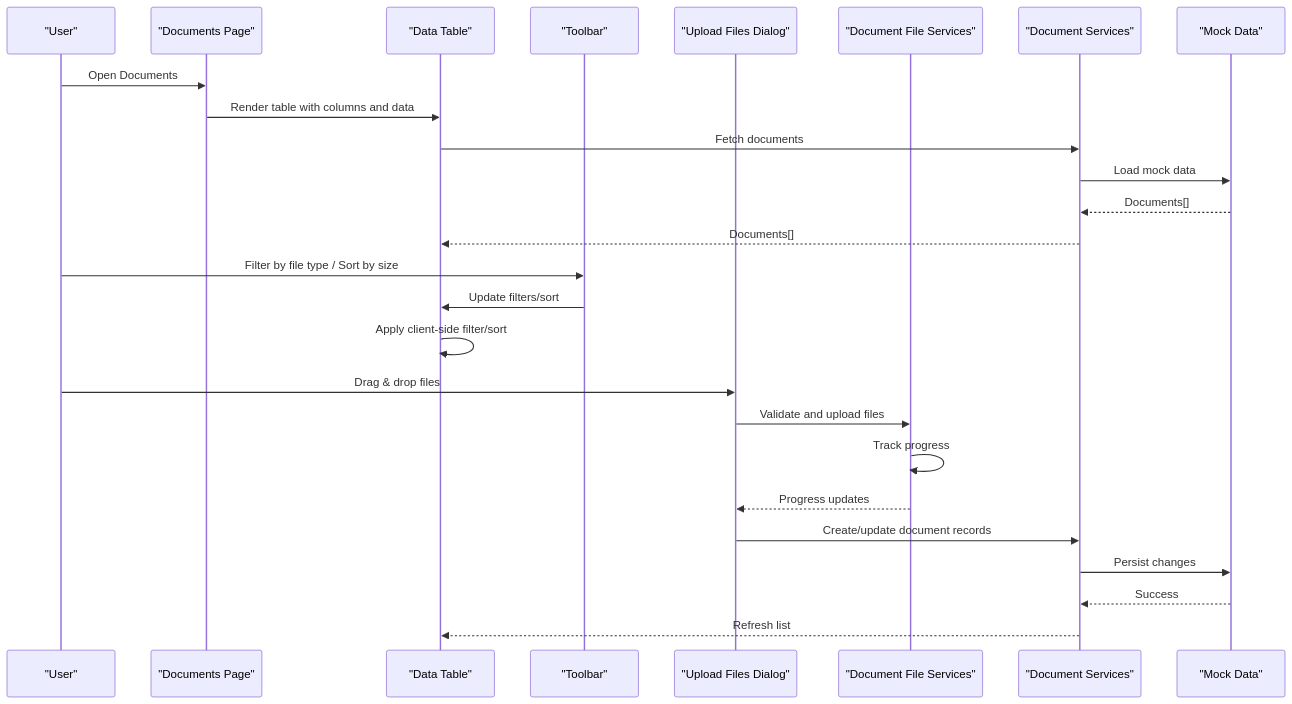
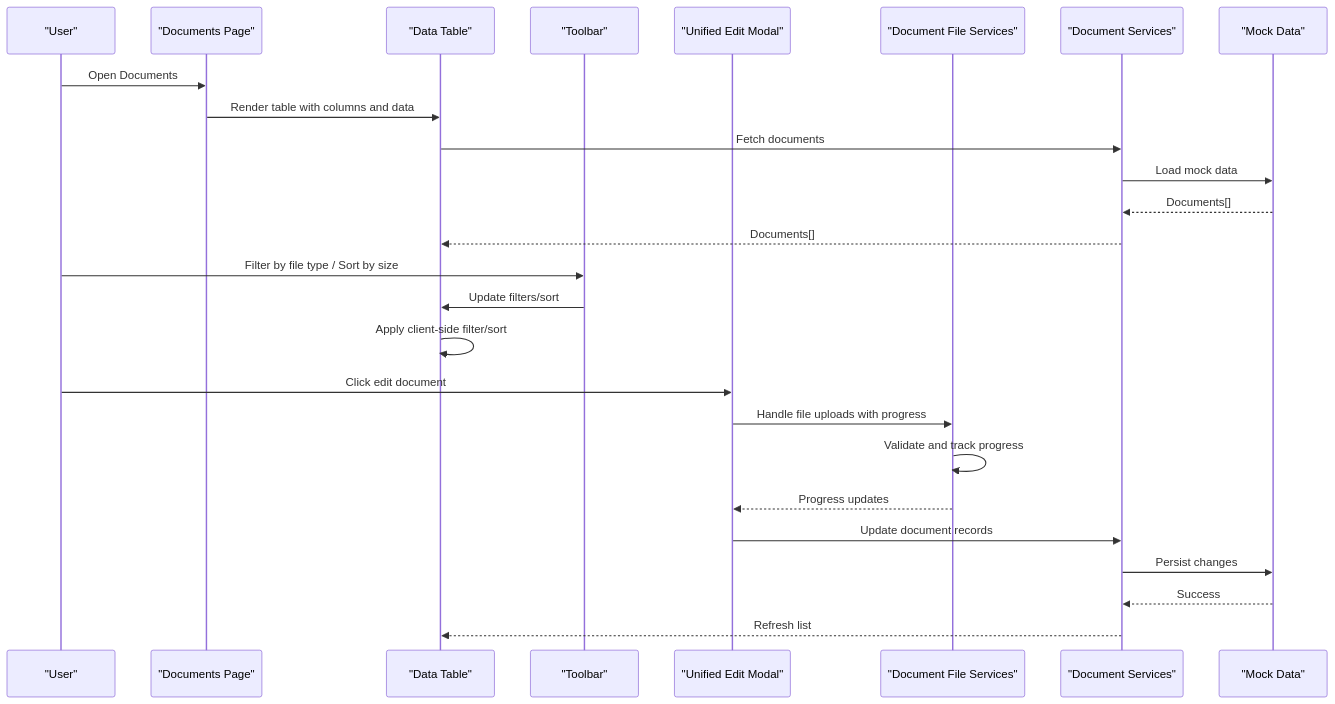
One commit to ngothanhtung/claude-code-shadcn-dashboard changed the second of 7 diagrams in .qoder/repowiki/en/content/Data Management Modules/Document Management.md. Above: the diagram before and after it, drawn with Mermaid. The commit also changed other lines of this file and 165 other files, not shown here.

````diff
--- a/.qoder/repowiki/en/content/Data Management Modules/Document Management.md
+++ b/.qoder/repowiki/en/content/Data Management Modules/Document Management.md
@@ -128,28 +132,28 @@
 ```mermaid
 sequenceDiagram
 participant User as "User"
 participant Page as "Documents Page"
 participant Table as "Data Table"
 participant Toolbar as "Toolbar"
-participant Upload as "Upload Files Dialog"
+participant EditModal as "Unified Edit Modal"
 participant FileSvc as "Document File Services"
 participant DocSvc as "Document Services"
 participant Mock as "Mock Data"
 User->>Page : Open Documents
 Page->>Table : Render table with columns and data
 Table->>DocSvc : Fetch documents
 DocSvc->>Mock : Load mock data
 Mock-->>DocSvc : Documents[]
 DocSvc-->>Table : Documents[]
 User->>Toolbar : Filter by file type / Sort by size
 Toolbar->>Table : Update filters/sort
 Table->>Table : Apply client-side filter/sort
-User->>Upload : Drag & drop files
-Upload->>FileSvc : Validate and upload files
-FileSvc->>FileSvc : Track progress
-FileSvc-->>Upload : Progress updates
-Upload->>DocSvc : Create/update document records
+User->>EditModal : Click edit document
+EditModal->>FileSvc : Handle file uploads with progress
+FileSvc->>FileSvc : Validate and track progress
+FileSvc-->>EditModal : Progress updates
+EditModal->>DocSvc : Update document records
 DocSvc->>Mock : Persist changes
 Mock-->>DocSvc : Success
 DocSvc-->>Table : Refresh list
 ```
````
